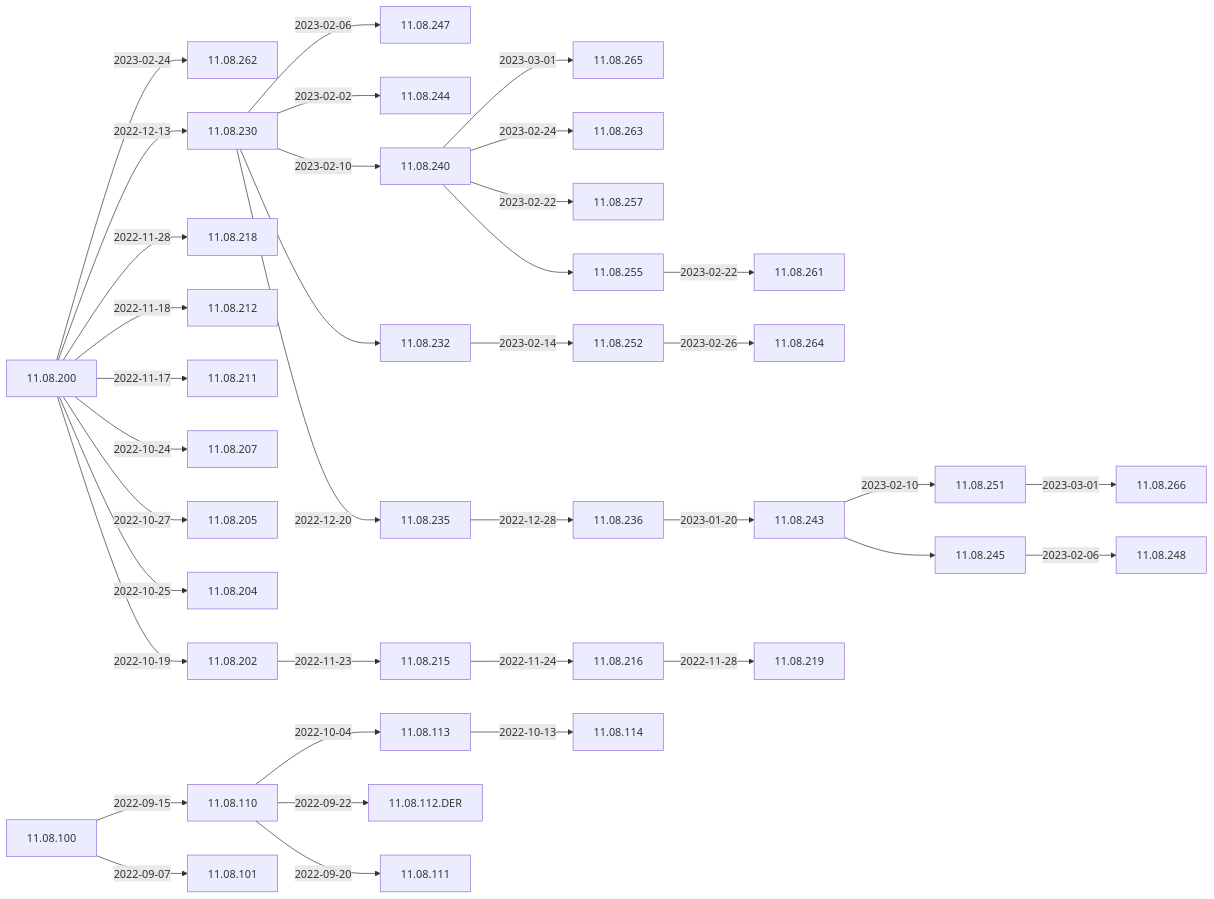
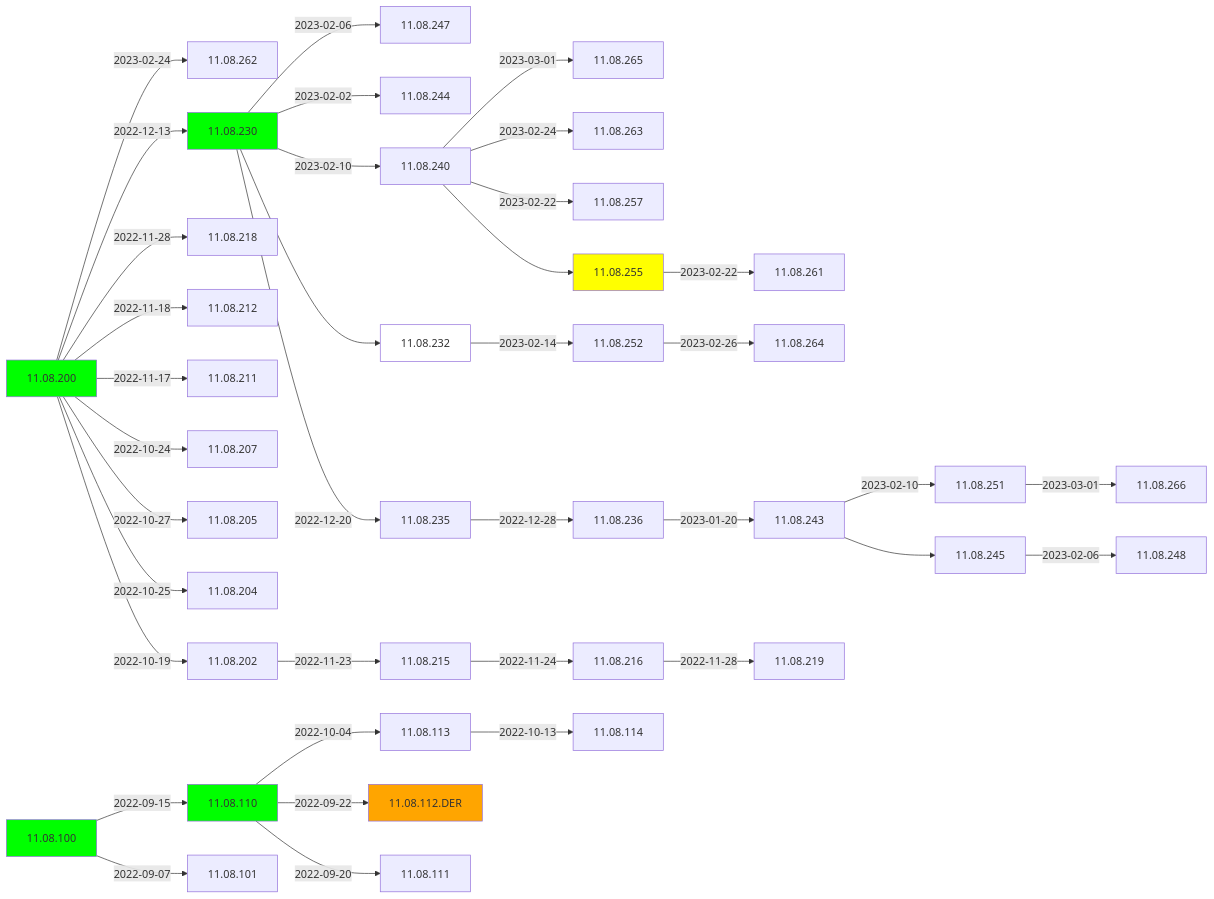
Before and after one commit to woydziak/IGEL-Docs: the second of 4 diagrams in Docs/ReleaseNotes/01-OS11/README.md, drawn with Mermaid. The commit also changed other lines of this file, not shown here.

````diff
--- a/Docs/ReleaseNotes/01-OS11/README.md
+++ b/Docs/ReleaseNotes/01-OS11/README.md
@@ -9,54 +27,61 @@
 ```mermaid
 flowchart LR
     11.08.240-- 2023-03-01 -->11.08.265 
     11.08.252-- 2023-02-26 -->11.08.264
     11.08.200-- 2023-02-24 -->11.08.262
     11.08.243-- 2023-02-10 -->11.08.251-- 2023-03-01 -->11.08.266
     11.08.230-- 2023-02-06 -->11.08.247
     11.08.230-- 2023-02-02 -->11.08.244
     11.08.240-- 2023-02-24 -->11.08.263
     11.08.240-- 2023-02-22 -->11.08.257
     11.08.240-->11.08.255-- 2023-02-22 -->11.08.261
     11.08.230-- 2023-02-10 -->11.08.240
     11.08.230-->11.08.232-- 2023-02-14 -->11.08.252
     11.08.200-- 2022-12-13 -->11.08.230-- 2022-12-20 -->11.08.235-- 2022-12-28 -->11.08.236-- 2023-01-20 -->11.08.243-->11.08.245-- 2023-02-06 -->11.08.248
     11.08.200-- 2022-11-28 -->11.08.218
     11.08.200-- 2022-11-18 -->11.08.212
     11.08.200-- 2022-11-17 -->11.08.211
     11.08.200-- 2022-10-24 -->11.08.207
     11.08.200-- 2022-10-27 -->11.08.205
     11.08.200-- 2022-10-25 -->11.08.204
     11.08.200-- 2022-10-19 -->11.08.202-- 2022-11-23 -->11.08.215-- 2022-11-24 -->11.08.216-- 2022-11-28 -->11.08.219
     11.08.110-- 2022-10-04 -->11.08.113-- 2022-10-13 -->11.08.114
     11.08.110-- 2022-09-22 -->11.08.112.DER
     11.08.100-- 2022-09-15 -->11.08.110-- 2022-09-20 -->11.08.111
     11.08.100-- 2022-09-07 -->11.08.101
+    style 11.08.100 fill:#00FF00
+    style 11.08.110 fill:#00FF00
+    style 11.08.112.DER fill:#FFA500
+    style 11.08.200 fill:#00FF00
+    style 11.08.230 fill:#00FF00
+    style 11.08.232 fill:#FFFFFF
+    style 11.08.255 fill:#FFFF00
     click 11.08.266 "https://github.com/IGEL-Community/IGEL-Docs/blob/main/Docs/ReleaseNotes/01-OS11/readme11.08.266.txt" "Open this in a new tab"
     click 11.08.265 "https://github.com/IGEL-Community/IGEL-Docs/blob/main/Docs/ReleaseNotes/01-OS11/readme11.08.265.txt" "Open this in a new tab"
     click 11.08.264 "https://github.com/IGEL-Community/IGEL-Docs/blob/main/Docs/ReleaseNotes/01-OS11/readme11.08.264.txt" "Open this in a new tab"
     click 11.08.263 "https://github.com/IGEL-Community/IGEL-Docs/blob/main/Docs/ReleaseNotes/01-OS11/readme11.08.263.txt" "Open this in a new tab"
     click 11.08.262 "https://github.com/IGEL-Community/IGEL-Docs/blob/main/Docs/ReleaseNotes/01-OS11/readme11.08.262.txt" "Open this in a new tab"
     click 11.08.261 "https://github.com/IGEL-Community/IGEL-Docs/blob/main/Docs/ReleaseNotes/01-OS11/readme11.08.261.txt" "Open this in a new tab"
     click 11.08.257 "https://github.com/IGEL-Community/IGEL-Docs/blob/main/Docs/ReleaseNotes/01-OS11/readme11.08.257.txt" "Open this in a new tab"
     click 11.08.252 "https://github.com/IGEL-Community/IGEL-Docs/blob/main/Docs/ReleaseNotes/01-OS11/readme11.08.252.txt" "Open this in a new tab"
     click 11.08.251 "https://github.com/IGEL-Community/IGEL-Docs/blob/main/Docs/ReleaseNotes/01-OS11/readme11.08.251.txt" "Open this in a new tab"
     click 11.08.248 "https://github.com/IGEL-Community/IGEL-Docs/blob/main/Docs/ReleaseNotes/01-OS11/readme11.08.248.txt" "Open this in a new tab"
     click 11.08.247 "https://github.com/IGEL-Community/IGEL-Docs/blob/main/Docs/ReleaseNotes/01-OS11/readme11.08.247.txt" "Open this in a new tab"
     click 11.08.244 "https://github.com/IGEL-Community/IGEL-Docs/blob/main/Docs/ReleaseNotes/01-OS11/readme11.08.244.txt" "Open this in a new tab"
     click 11.08.243 "https://github.com/IGEL-Community/IGEL-Docs/blob/main/Docs/ReleaseNotes/01-OS11/readme11.08.243.txt" "Open this in a new tab"
     click 11.08.240 "https://github.com/IGEL-Community/IGEL-Docs/blob/main/Docs/ReleaseNotes/01-OS11/readme11.08.240.txt" "Open this in a new tab"
     click 11.08.236 "https://github.com/IGEL-Community/IGEL-Docs/blob/main/Docs/ReleaseNotes/01-OS11/readme11.08.236.txt" "Open this in a new tab"
     click 11.08.235 "https://github.com/IGEL-Community/IGEL-Docs/blob/main/Docs/ReleaseNotes/01-OS11/readme11.08.235.txt" "Open this in a new tab"
     click 11.08.230 "https://github.com/IGEL-Community/IGEL-Docs/blob/main/Docs/ReleaseNotes/01-OS11/readme11.08.230.txt" "Open this in a new tab"
     click 11.08.219 "https://github.com/IGEL-Community/IGEL-Docs/blob/main/Docs/ReleaseNotes/01-OS11/readme11.08.219.txt" "Open this in a new tab"
     click 11.08.218 "https://github.com/IGEL-Community/IGEL-Docs/blob/main/Docs/ReleaseNotes/01-OS11/readme11.08.218.txt" "Open this in a new tab"
     click 11.08.216 "https://github.com/IGEL-Community/IGEL-Docs/blob/main/Docs/ReleaseNotes/01-OS11/readme11.08.216.txt" "Open this in a new tab"
     click 11.08.215 "https://github.com/IGEL-Community/IGEL-Docs/blob/main/Docs/ReleaseNotes/01-OS11/readme11.08.215.txt" "Open this in a new tab"
     click 11.08.212 "https://github.com/IGEL-Community/IGEL-Docs/blob/main/Docs/ReleaseNotes/01-OS11/readme11.08.212.txt" "Open this in a new tab"
     click 11.08.211 "https://github.com/IGEL-Community/IGEL-Docs/blob/main/Docs/ReleaseNotes/01-OS11/readme11.08.211.txt" "Open this in a new tab"
     click 11.08.207 "https://github.com/IGEL-Community/IGEL-Docs/blob/main/Docs/ReleaseNotes/01-OS11/readme11.08.207.txt" "Open this in a new tab"
     click 11.08.205 "https://github.com/IGEL-Community/IGEL-Docs/blob/main/Docs/ReleaseNotes/01-OS11/readme11.08.205.txt" "Open this in a new tab"
     click 11.08.204 "https://github.com/IGEL-Community/IGEL-Docs/blob/main/Docs/ReleaseNotes/01-OS11/readme11.08.204.txt" "Open this in a new tab"
     click 11.08.202 "https://github.com/IGEL-Community/IGEL-Docs/blob/main/Docs/ReleaseNotes/01-OS11/readme11.08.202.txt" "Open this in a new tab"
     click 11.08.200 "https://github.com/IGEL-Community/IGEL-Docs/blob/main/Docs/ReleaseNotes/01-OS11/readme11.08.200.txt" "Open this in a new tab"
 ```
````
